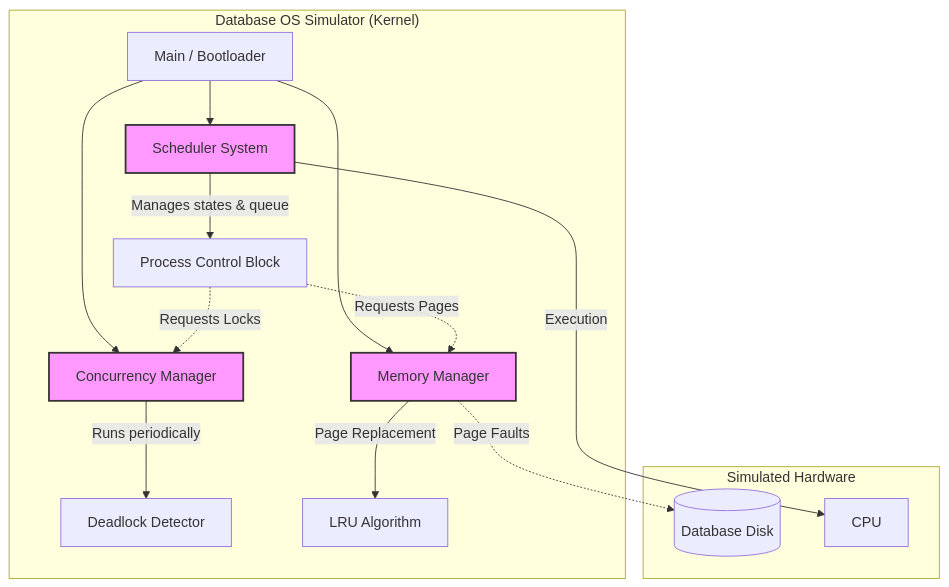
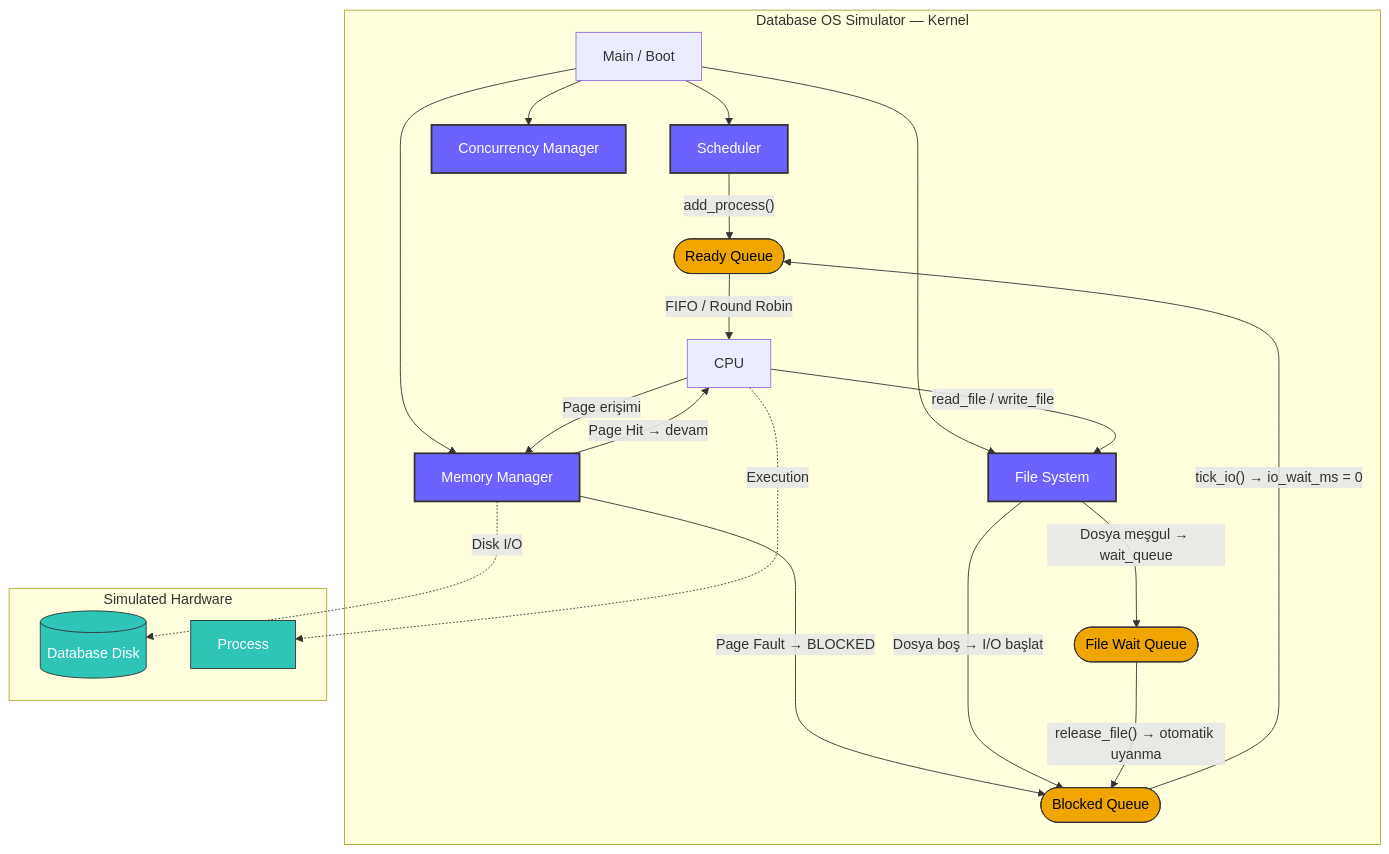
The first of 6 diagrams in README.md (bilgisucempel/db-os-simulator), drawn with Mermaid before and after one commit. The commit also changed other lines of this file and 11 other files, not shown here.

Commit message:
round robin, page fault fix

````diff
--- a/README.md
+++ b/README.md
@@ -30,24 +60,36 @@
 ```mermaid
 graph TD
-    subgraph "Database OS Simulator (Kernel)"
-        M[Main / Bootloader] --> S[Scheduler System]
-        M --> C[Concurrency Manager]
-        M --> MM[Memory Manager]
-        
-        S --> |Manages states & queue| P[Process Control Block]
-        
-        P -.-> |Requests Locks| C
-        P -.-> |Requests Pages| MM
-        
-        C --> |Runs periodically| DD[Deadlock Detector]
-        MM --> |Page Replacement| LRU[LRU Algorithm]
+    subgraph Kernel["Database OS Simulator — Kernel"]
+        BOOT[Main / Boot] --> SCH[Scheduler]
+        BOOT --> MM[Memory Manager]
+        BOOT --> FS[File System]
+        BOOT --> CM[Concurrency Manager]
+
+        SCH -->|"add_process()"| RQ([Ready Queue])
+        RQ -->|"FIFO / Round Robin"| CPU[CPU]
+
+        CPU -->|"Page erişimi"| MM
+        CPU -->|"read_file / write_file"| FS
+
+        MM -->|"Page Hit → devam"| CPU
+        MM -->|"Page Fault → BLOCKED"| BQ([Blocked Queue])
+
+        FS -->|"Dosya boş → I/O başlat"| BQ
+        FS -->|"Dosya meşgul → wait_queue"| WQ([File Wait Queue])
+        WQ -->|"release_file() → otomatik uyanma"| BQ
+
+        BQ -->|"tick_io() → io_wait_ms = 0"| RQ
     end
-    
-    subgraph "Simulated Hardware"
-        MM -.-> |Page Faults| DISK[(Database Disk)]
-        S --> |Execution| CPU[CPU]
+
+    subgraph HW["Simulated Hardware"]
+        MM -.->|"Disk I/O"| DISK[(Database Disk)]
+        CPU -.->|"Execution"| PROC[Process]
     end
-    
-    classDef core fill:#f9f,stroke:#333,stroke-width:2px;
-    class S,C,MM core;
+
+    classDef core fill:#6c63ff,color:#fff,stroke:#333,stroke-width:2px;
+    classDef queue fill:#f0a500,color:#000,stroke:#333;
+    classDef hw fill:#2ec4b6,color:#fff,stroke:#333;
+    class SCH,MM,FS,CM core;
+    class RQ,BQ,WQ queue;
+    class DISK,PROC hw;
 ```
````
